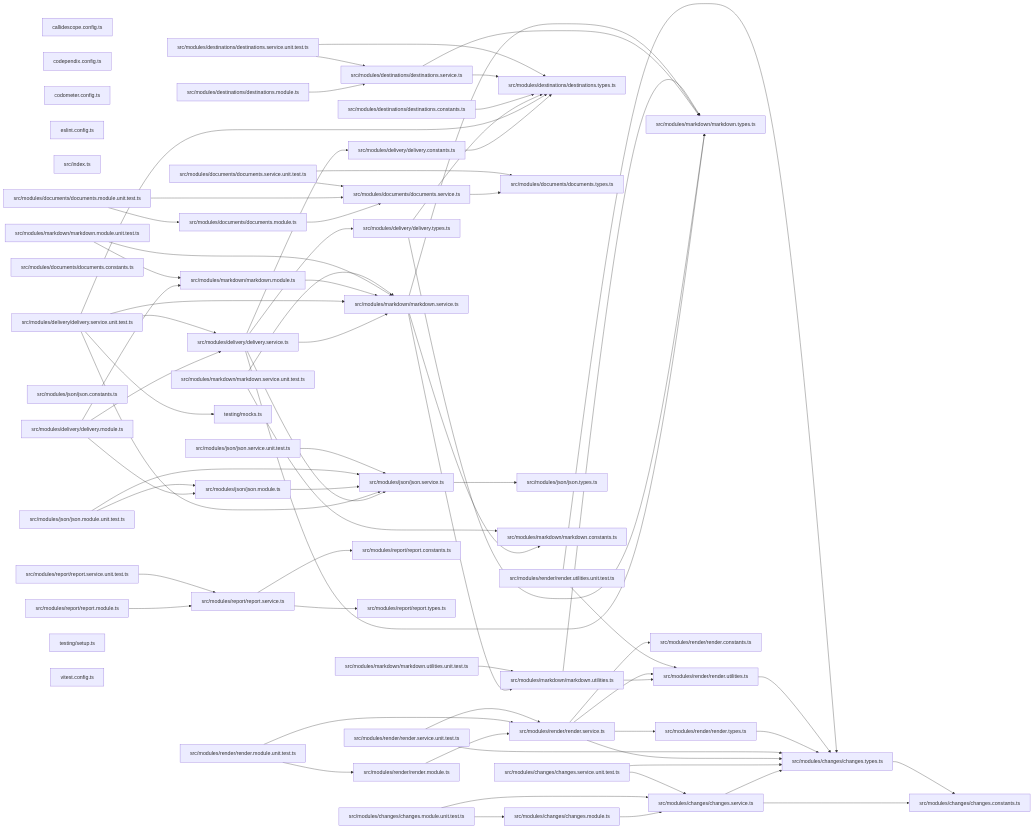
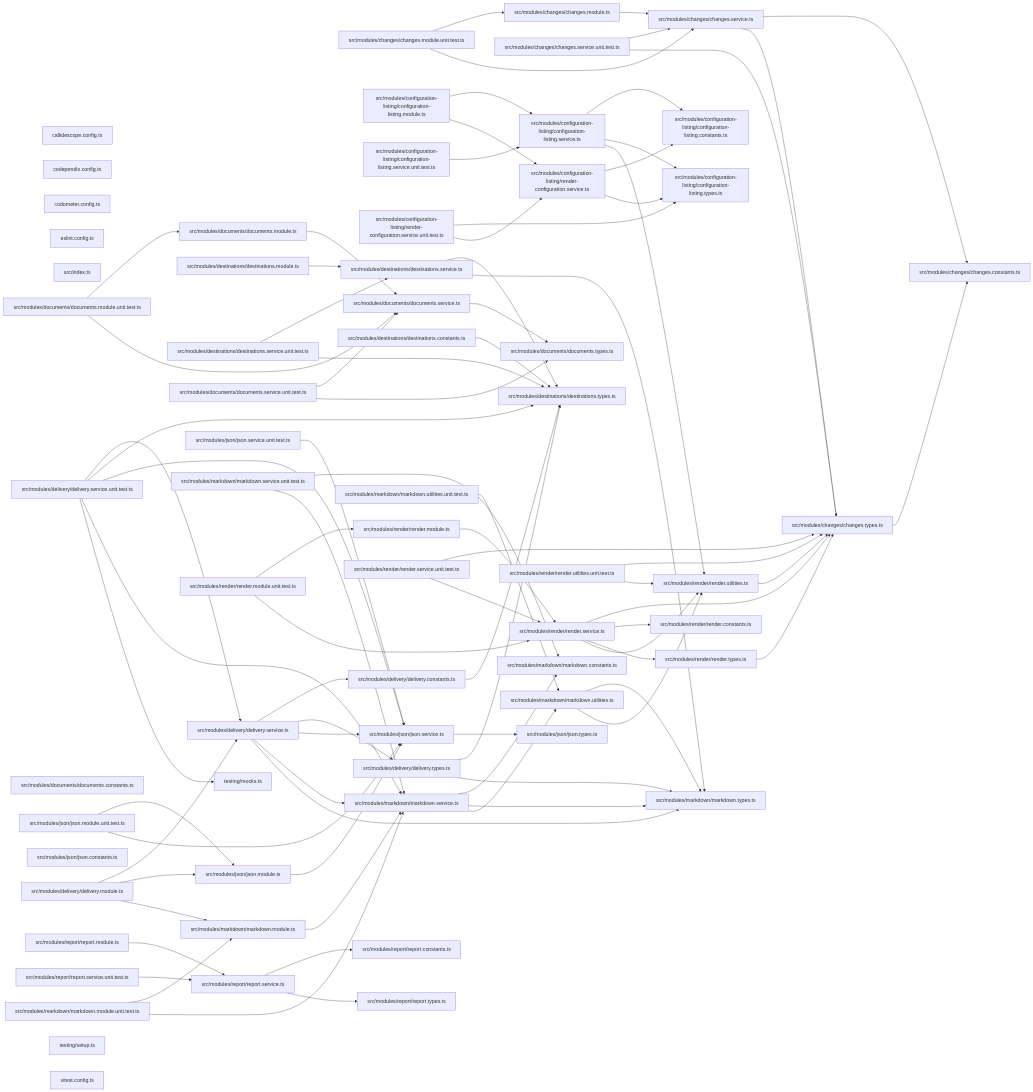
One commit to JimmyPaolini/codebase changed the third of 3 diagrams in packages/ic-suite/codometer/codometer-output/README.md. Above: the diagram before and after it, drawn with Mermaid. The commit also changed other lines of this file and 17 other files, not shown here.

```diff
--- a/packages/ic-suite/codometer/codometer-output/README.md
+++ b/packages/ic-suite/codometer/codometer-output/README.md
@@ -215,6 +220,13 @@
   file_src_modules_changes_changes_service_ts["src/modules/changes/changes.service.ts"]
   file_src_modules_changes_changes_service_unit_test_ts["src/modules/changes/changes.service.unit.test.ts"]
   file_src_modules_changes_changes_types_ts["src/modules/changes/changes.types.ts"]
+  file_src_modules_configuration_listing_configuration_listing_constants_ts["src/modules/configuration-listing/configuration-listing.constants.ts"]
+  file_src_modules_configuration_listing_configuration_listing_module_ts["src/modules/configuration-listing/configuration-listing.module.ts"]
+  file_src_modules_configuration_listing_configuration_listing_service_ts["src/modules/configuration-listing/configuration-listing.service.ts"]
+  file_src_modules_configuration_listing_configuration_listing_service_unit_test_ts["src/modules/configuration-listing/configuration-listing.service.unit.test.ts"]
+  file_src_modules_configuration_listing_configuration_listing_types_ts["src/modules/configuration-listing/configuration-listing.types.ts"]
+  file_src_modules_configuration_listing_render_configuration_service_ts["src/modules/configuration-listing/render-configuration.service.ts"]
+  file_src_modules_configuration_listing_render_configuration_service_unit_test_ts["src/modules/configuration-listing/render-configuration.service.unit.test.ts"]
   file_src_modules_delivery_delivery_constants_ts["src/modules/delivery/delivery.constants.ts"]
   file_src_modules_delivery_delivery_module_ts["src/modules/delivery/delivery.module.ts"]
   file_src_modules_delivery_delivery_service_ts["src/modules/delivery/delivery.service.ts"]
@@ -269,6 +281,16 @@
   file_src_modules_changes_changes_service_unit_test_ts --> file_src_modules_changes_changes_service_ts
   file_src_modules_changes_changes_service_unit_test_ts --> file_src_modules_changes_changes_types_ts
   file_src_modules_changes_changes_types_ts --> file_src_modules_changes_changes_constants_ts
+  file_src_modules_configuration_listing_configuration_listing_module_ts --> file_src_modules_configuration_listing_configuration_listing_service_ts
+  file_src_modules_configuration_listing_configuration_listing_module_ts --> file_src_modules_configuration_listing_render_configuration_service_ts
+  file_src_modules_configuration_listing_configuration_listing_service_ts --> file_src_modules_configuration_listing_configuration_listing_constants_ts
+  file_src_modules_configuration_listing_configuration_listing_service_ts --> file_src_modules_configuration_listing_configuration_listing_types_ts
+  file_src_modules_configuration_listing_configuration_listing_service_ts --> file_src_modules_render_render_utilities_ts
+  file_src_modules_configuration_listing_configuration_listing_service_unit_test_ts --> file_src_modules_configuration_listing_configuration_listing_service_ts
+  file_src_modules_configuration_listing_render_configuration_service_ts --> file_src_modules_configuration_listing_configuration_listing_constants_ts
+  file_src_modules_configuration_listing_render_configuration_service_ts --> file_src_modules_configuration_listing_configuration_listing_types_ts
+  file_src_modules_configuration_listing_render_configuration_service_unit_test_ts --> file_src_modules_configuration_listing_configuration_listing_types_ts
+  file_src_modules_configuration_listing_render_configuration_service_unit_test_ts --> file_src_modules_configuration_listing_render_configuration_service_ts
   file_src_modules_delivery_delivery_constants_ts --> file_src_modules_destinations_destinations_types_ts
   file_src_modules_delivery_delivery_module_ts --> file_src_modules_delivery_delivery_service_ts
   file_src_modules_delivery_delivery_module_ts --> file_src_modules_json_json_module_ts
```
